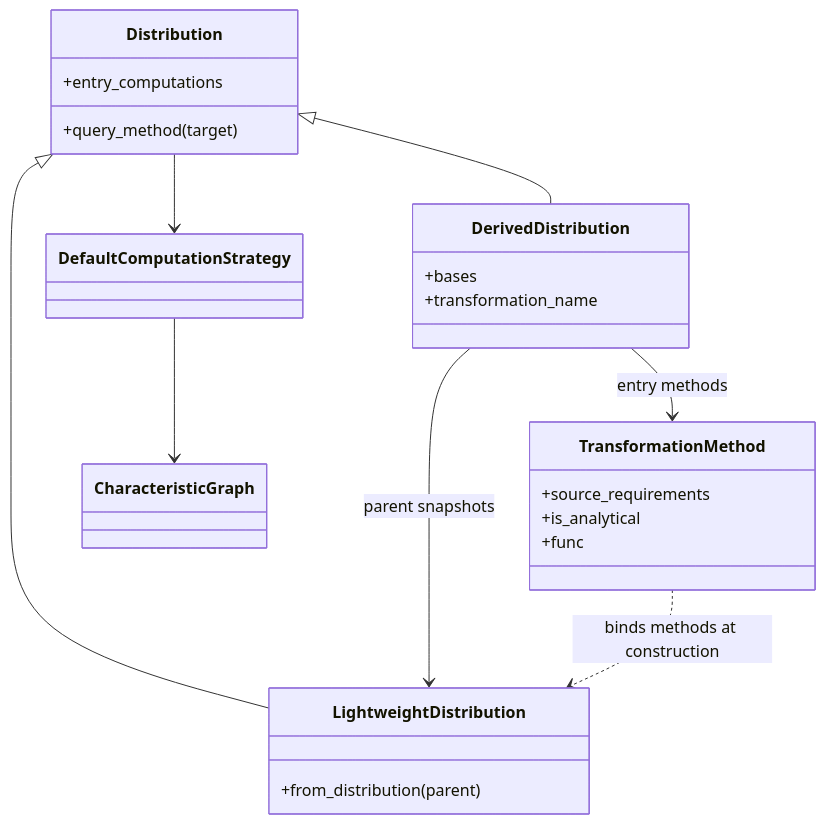
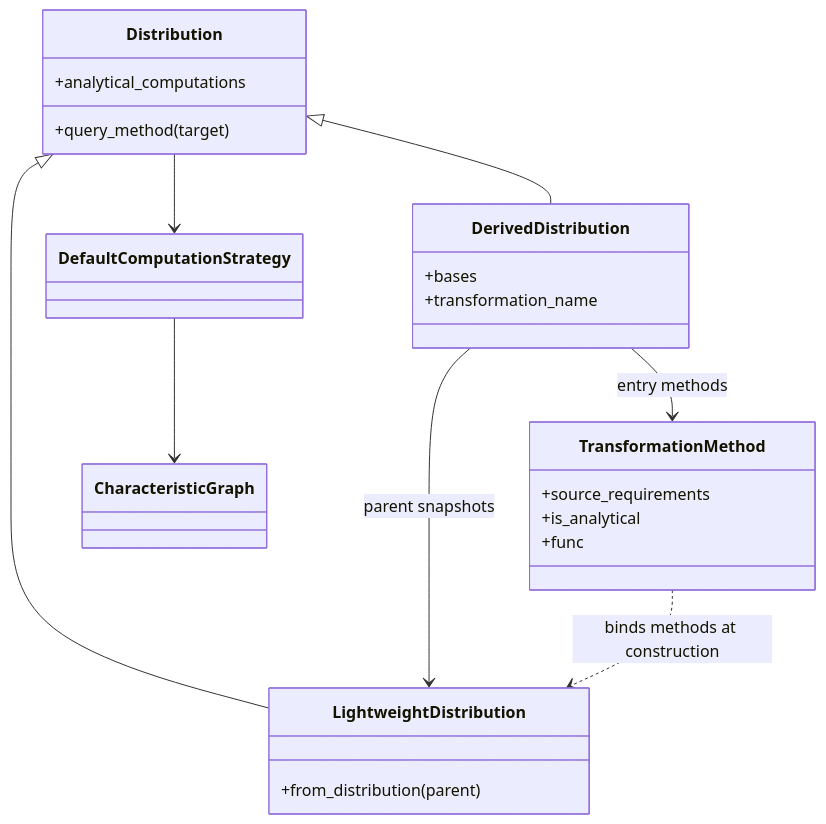
Before and after one commit to siwreienta/pysatl-core-report: the first of 5 diagrams in architecture/ADR-0001-entry-computations.md, drawn with Mermaid. The commit also changed other lines of this file, not shown here.

First line of the commit message:
docs(architecture): update entry computation decision

````diff
--- a/architecture/ADR-0001-entry-computations.md
+++ b/architecture/ADR-0001-entry-computations.md
@@ -13,26 +13,26 @@
 ```mermaid
 classDiagram
     class Distribution {
-      +entry_computations
+      +analytical_computations
       +query_method(target)
     }
     class DerivedDistribution {
       +bases
       +transformation_name
     }
     class LightweightDistribution {
       +from_distribution(parent)
     }
     class TransformationMethod {
       +source_requirements
       +is_analytical
       +func
     }
     Distribution <|-- DerivedDistribution
     Distribution <|-- LightweightDistribution
     DerivedDistribution --> LightweightDistribution : parent snapshots
     DerivedDistribution --> TransformationMethod : entry methods
     TransformationMethod ..> LightweightDistribution : binds methods at construction
     Distribution --> DefaultComputationStrategy
     DefaultComputationStrategy --> CharacteristicGraph
 ```
````
